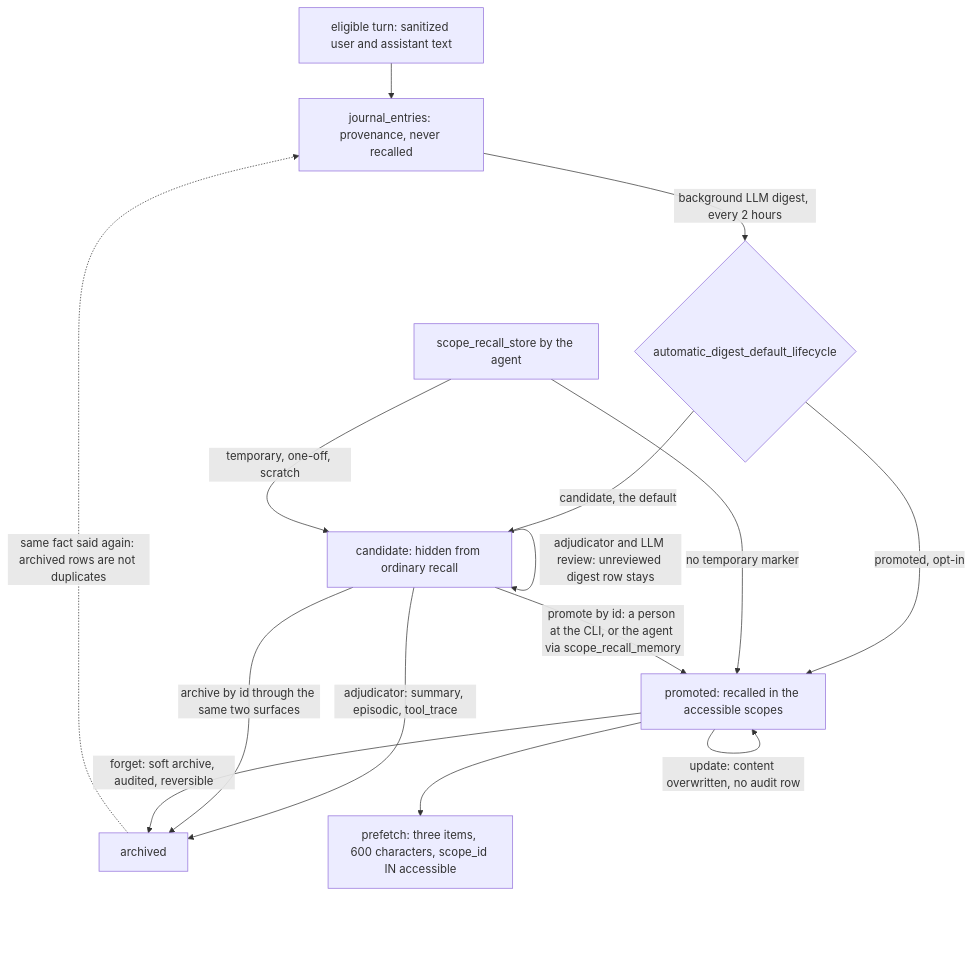
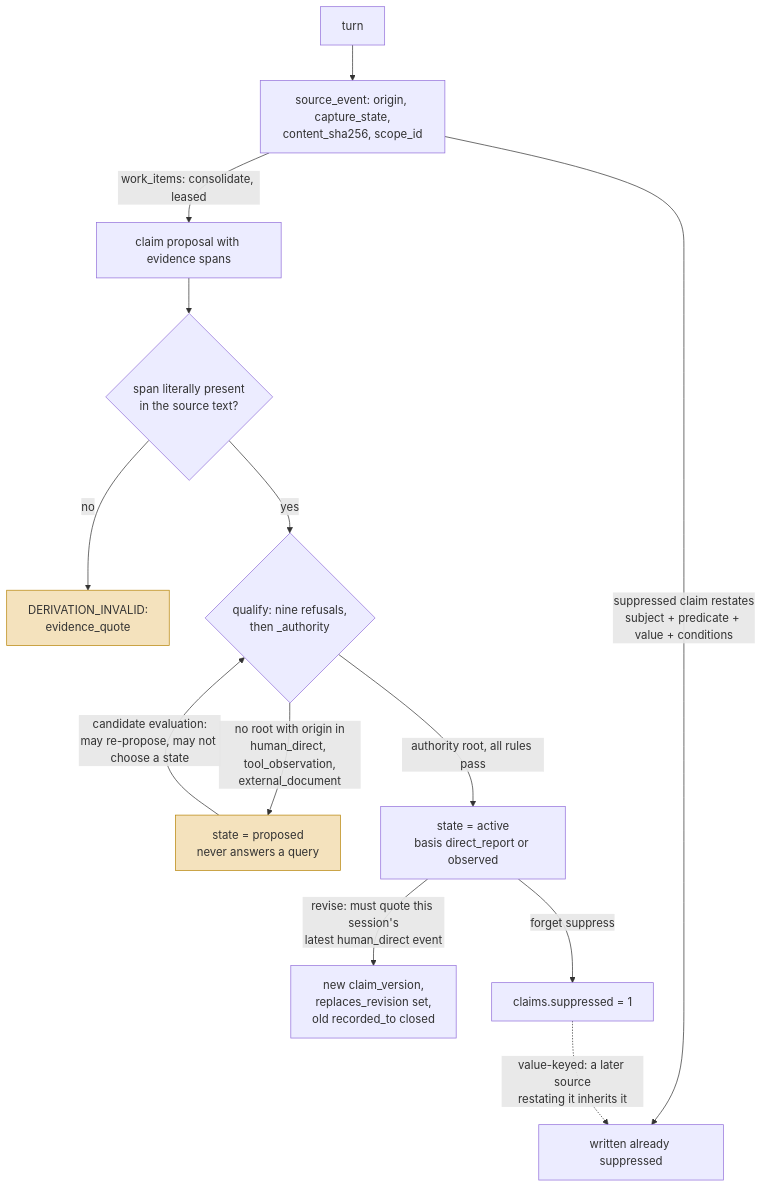
One commit to neoneye/agent-memory-atlas changed the diagram in content/systems/scope-recall-hermes.md. Above: the diagram before and after it, drawn with Mermaid. The commit also changed other lines of this file and 17 other files, not shown here.

First line of the commit message:
Scope Recall re-read at abe5427: a rebuilt 3.1 where authority is a property of the cited source, and tombstone is awarded

````diff
--- a/content/systems/scope-recall-hermes.md
+++ b/content/systems/scope-recall-hermes.md
@@ -54,18 +59,19 @@
 ```mermaid
-%% caption: digest output is withheld until someone promotes it by id, and the model is one of the parties allowed to; an archived value is not remembered as rejected, so saying it again produces a new candidate
+%% caption: a proposal becomes active only if a cited root carries an authority origin, and nothing on the agent's tool surface stamps one — a suppressed claim then rejects a later restatement by its value rather than by its id
 flowchart TD
-  T["eligible turn: sanitized user and assistant text"] --> J["journal_entries: provenance, never recalled"]
-  J -->|"background LLM digest, every 2 hours"| D{"automatic_digest_default_lifecycle"}
-  D -->|"candidate, the default"| C["candidate: hidden from ordinary recall"]
-  D -->|"promoted, opt-in"| P["promoted: recalled in the accessible scopes"]
-  S["scope_recall_store by the agent"] -->|"no temporary marker"| P
-  S -->|"temporary, one-off, scratch"| C
-  C -->|"adjudicator: summary, episodic, tool_trace"| A["archived"]
-  C -->|"adjudicator and LLM review: unreviewed digest row stays"| C
-  C -->|"promote by id: a person at the CLI, or the agent via scope_recall_memory"| P
-  C -->|"archive by id through the same two surfaces"| A
-  P -->|"update: content overwritten, no audit row"| P
-  P -->|"forget: soft archive, audited, reversible"| A
-  A -.->|"same fact said again: archived rows are not duplicates"| J
-  P --> R["prefetch: three items, 600 characters, scope_id IN accessible"]
+  T["turn"] --> E["source_event: origin, capture_state,<br/>content_sha256, scope_id"]
+  E -->|"suppressed claim restates<br/>subject + predicate + value + conditions"| SUP["written already suppressed"]
+  E -->|"work_items: consolidate, leased"| PROP["claim proposal with evidence spans"]
+  PROP --> Q{"span literally present<br/>in the source text?"}
+  Q -->|"no"| REJ["DERIVATION_INVALID:<br/>evidence_quote"]
+  Q -->|"yes"| L{"qualify: nine refusals,<br/>then _authority"}
+  L -->|"no root with origin in<br/>human_direct, tool_observation,<br/>external_document"| PR["state = proposed<br/>never answers a query"]
+  L -->|"authority root, all rules pass"| AC["state = active<br/>basis direct_report or observed"]
+  PR -->|"candidate evaluation:<br/>may re-propose, may not choose a state"| L
+  AC -->|"revise: must quote this session's<br/>latest human_direct event"| NV["new claim_version,<br/>replaces_revision set,<br/>old recorded_to closed"]
+  AC -->|"forget suppress"| SC["claims.suppressed = 1"]
+  SC -.->|"value-keyed: a later source<br/>restating it inherits it"| SUP
+
+  style PR fill:#f4e2bd,stroke:#b8860b
+  style REJ fill:#f4e2bd,stroke:#b8860b
 ```
````
